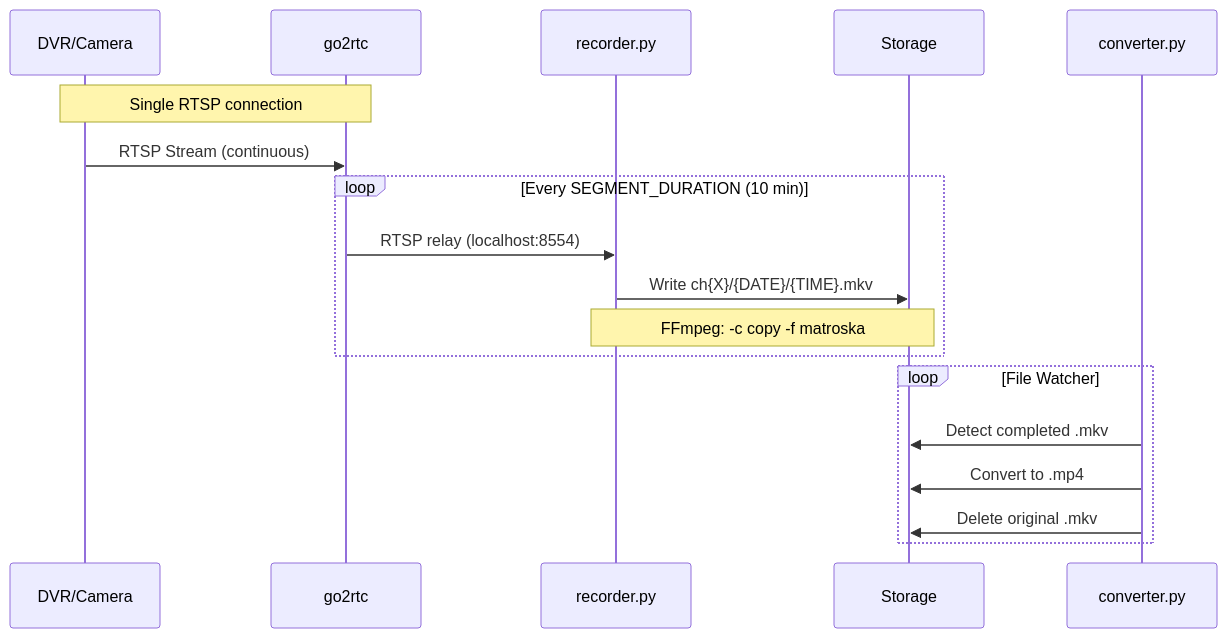
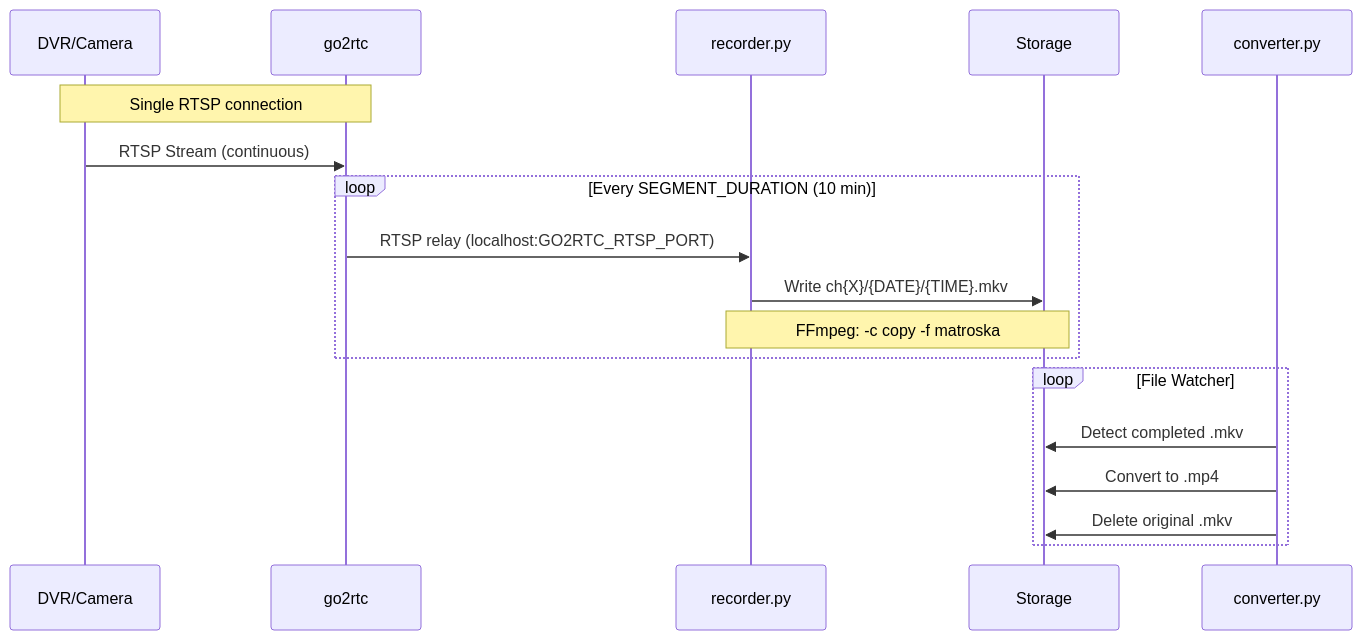
One commit to jebin2/Mini-NVR changed the second of 9 diagrams in design.md. Above: the diagram before and after it, drawn with Mermaid. The commit also changed other lines of this file and 71 other files, not shown here.

````diff
--- a/design.md
+++ b/design.md
@@ -103,23 +103,23 @@
 ```mermaid
 sequenceDiagram
     participant DVR as DVR/Camera
     participant Go2RTC as go2rtc
     participant Recorder as recorder.py
     participant Disk as Storage
     participant Converter as converter.py
 
     Note over DVR,Go2RTC: Single RTSP connection
     DVR->>Go2RTC: RTSP Stream (continuous)
     
     loop Every SEGMENT_DURATION (10 min)
-        Go2RTC->>Recorder: RTSP relay (localhost:8554)
+        Go2RTC->>Recorder: RTSP relay (localhost:GO2RTC_RTSP_PORT)
         Recorder->>Disk: Write ch{X}/{DATE}/{TIME}.mkv
         Note over Recorder,Disk: FFmpeg: -c copy -f matroska
     end
 
     loop File Watcher
         Converter->>Disk: Detect completed .mkv
         Converter->>Disk: Convert to .mp4
         Converter->>Disk: Delete original .mkv
     end
 ```
````
